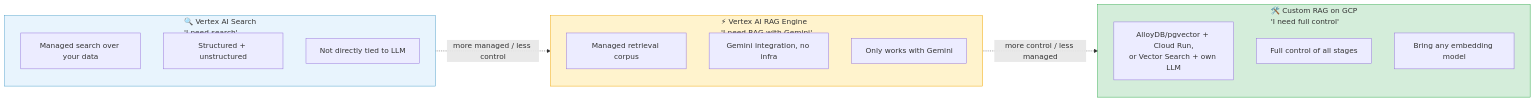
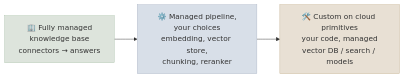
The diagram in src/content/11-RAG/Notes/12-Managed-RAG-on-Cloud-Platforms.mdx (sundante/sun-course-genai), drawn with Mermaid before and after one commit. The commit also changed other lines of this file and 24 other files, not shown here.

````diff
--- a/src/content/11-RAG/Notes/12-Managed-RAG-on-Cloud-Platforms.mdx
+++ b/src/content/11-RAG/Notes/12-Managed-RAG-on-Cloud-Platforms.mdx
@@ -39,23 +19,8 @@
 ```mermaid
 flowchart LR
-    subgraph A["🔍 Vertex AI Search<br/>'I need search'"]
-        A1["Managed search over your data"]
-        A2["Structured + unstructured"]
-        A3["Not directly tied to LLM"]
-    end
-    subgraph B["⚡ Vertex AI RAG Engine<br/>'I need RAG with Gemini'"]
-        B1["Managed retrieval corpus"]
-        B2["Gemini integration, no infra"]
-        B3["Only works with Gemini"]
-    end
-    subgraph C["🛠️ Custom RAG on GCP<br/>'I need full control'"]
-        C1["AlloyDB/pgvector + Cloud Run,<br/>or Vector Search + own LLM"]
-        C2["Full control of all stages"]
-        C3["Bring any embedding model"]
-    end
-    A -.->|"more managed / less control"| B -.->|"more control / less managed"| C
+    A["🏢 Fully managed<br/>knowledge base<br/>connectors → answers"] --> B["⚙️ Managed pipeline,<br/>your choices<br/>embedding, vector store,<br/>chunking, reranker"] --> C["🛠️ Custom on cloud primitives<br/>your code, managed<br/>vector DB / search / models"]
 
-    style A fill:#e8f4fd,stroke:#4a9eca
-    style B fill:#fff3cd,stroke:#f0a500
-    style C fill:#d4edda,stroke:#28a745
+    style A fill:#dde4dc,stroke:#b0c4b0
+    style B fill:#d8dfe8,stroke:#b0bac8
+    style C fill:#e8e0d4,stroke:#c8b89a
 ```
````
